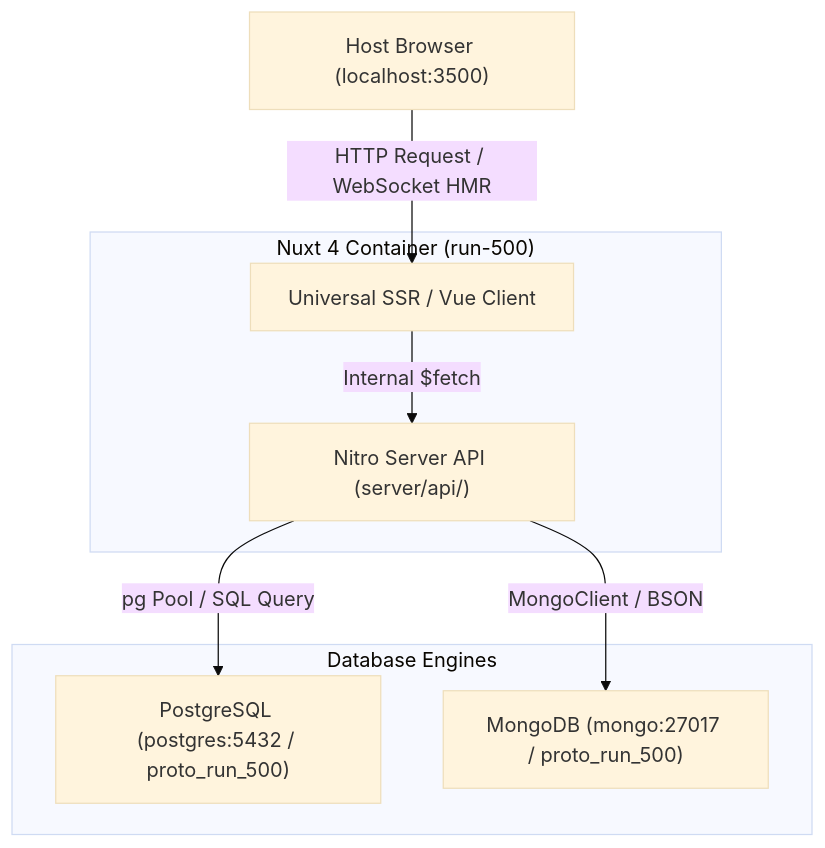
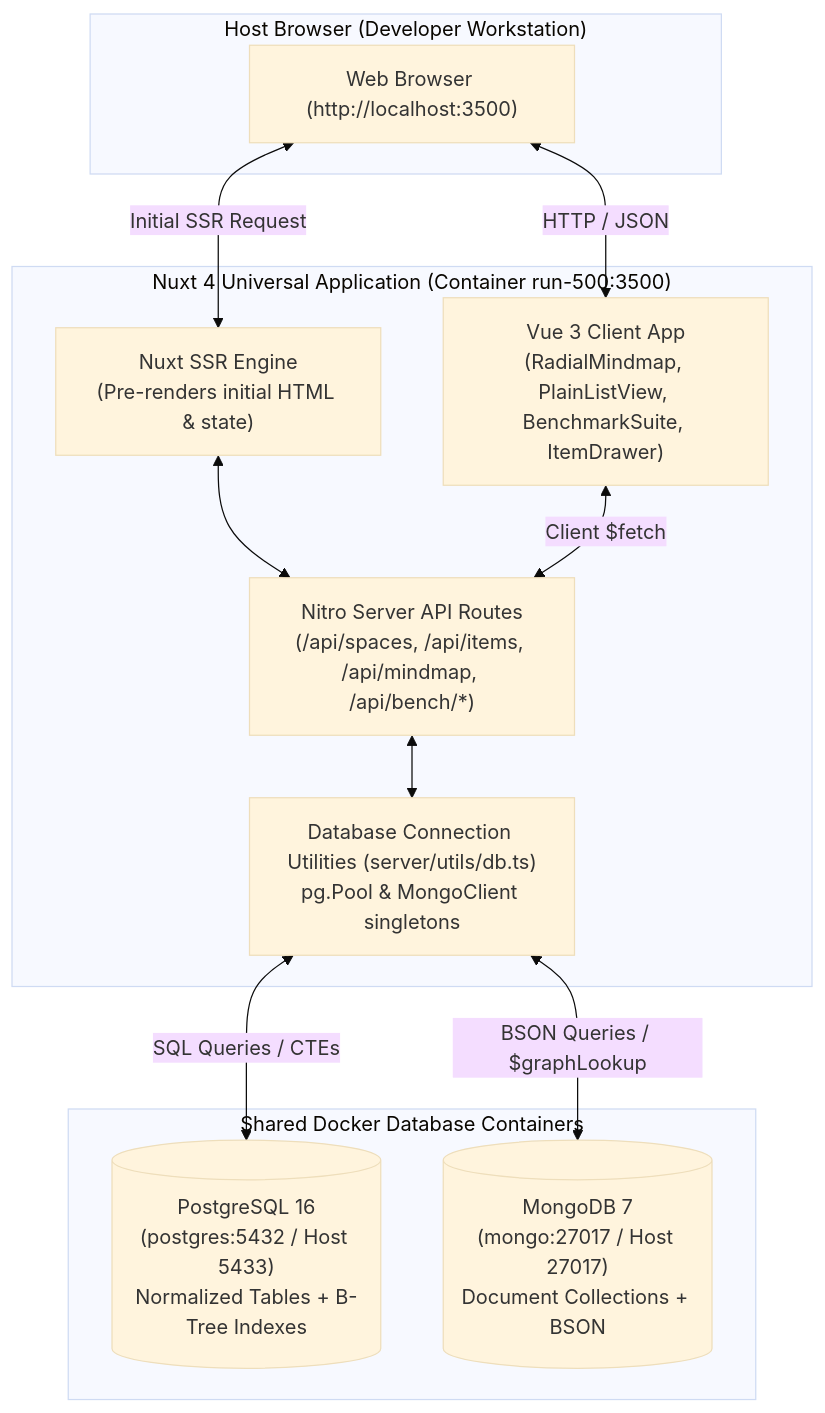
Before and after one commit to dltslt/42-tc-proto-docker: the diagram in docs/run-500/design.md, drawn with Mermaid (base theme). The commit also changed other lines of this file and 5 other files, not shown here.

First line of the commit message:
feat(run-500,ui-list): plain list view and concept inspection drawer

````diff
--- a/docs/run-500/design.md
+++ b/docs/run-500/design.md
@@ -8,19 +9,26 @@
 ```mermaid
 flowchart TD
-    Browser["Host Browser (localhost:3500)"]
-    
-    subgraph Container["Nuxt 4 Container (run-500)"]
-        Universal["Universal SSR / Vue Client"]
-        NitroAPI["Nitro Server API (server/api/)"]
-    end
-    
-    subgraph Databases["Database Engines"]
-        PG["PostgreSQL (postgres:5432 / proto_run_500)"]
-        Mongo["MongoDB (mongo:27017 / proto_run_500)"]
+    subgraph Host ["Host Browser (Developer Workstation)"]
+        Browser["Web Browser (http://localhost:3500)"]
     end
 
-    Browser -->|HTTP Request / WebSocket HMR| Universal
-    Universal -->|Internal $fetch| NitroAPI
-    NitroAPI -->|pg Pool / SQL Query| PG
-    NitroAPI -->|MongoClient / BSON| Mongo
+    subgraph NuxtApp ["Nuxt 4 Universal Application (Container run-500:3500)"]
+        UI["Vue 3 Client App\n(RadialMindmap, PlainListView, BenchmarkSuite, ItemDrawer)"]
+        SSR["Nuxt SSR Engine\n(Pre-renders initial HTML & state)"]
+        Nitro["Nitro Server API Routes\n(/api/spaces, /api/items, /api/mindmap, /api/bench/*)"]
+        DBAdapters["Database Connection Utilities (server/utils/db.ts)\npg.Pool & MongoClient singletons"]
+    end
+
+    subgraph DBs ["Shared Docker Database Containers"]
+        PG[("PostgreSQL 16\n(postgres:5432 / Host 5433)\nNormalized Tables + B-Tree Indexes")]
+        Mongo[("MongoDB 7\n(mongo:27017 / Host 27017)\nDocument Collections + BSON")]
+    end
+
+    Browser <--> |HTTP / JSON| UI
+    Browser <--> |Initial SSR Request| SSR
+    SSR <--> Nitro
+    UI <--> |Client $fetch| Nitro
+    Nitro <--> DBAdapters
+    DBAdapters <--> |SQL Queries / CTEs| PG
+    DBAdapters <--> |BSON Queries / $graphLookup| Mongo
 ```
````
